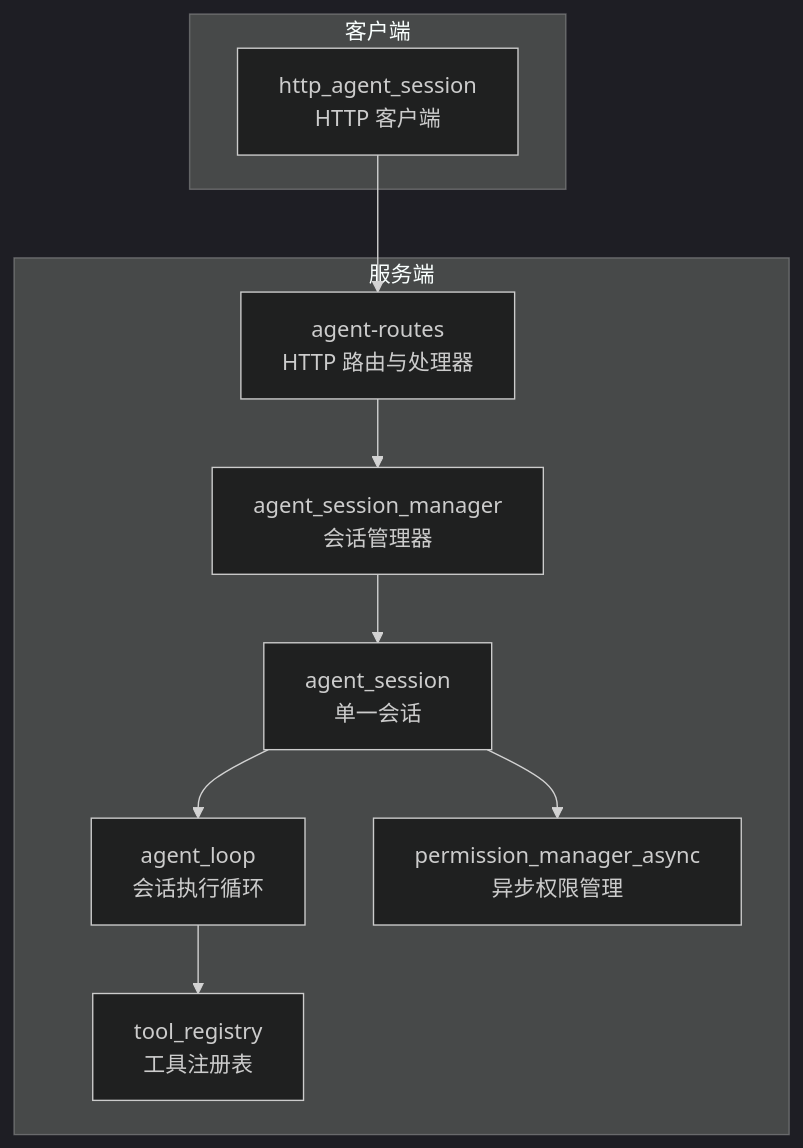
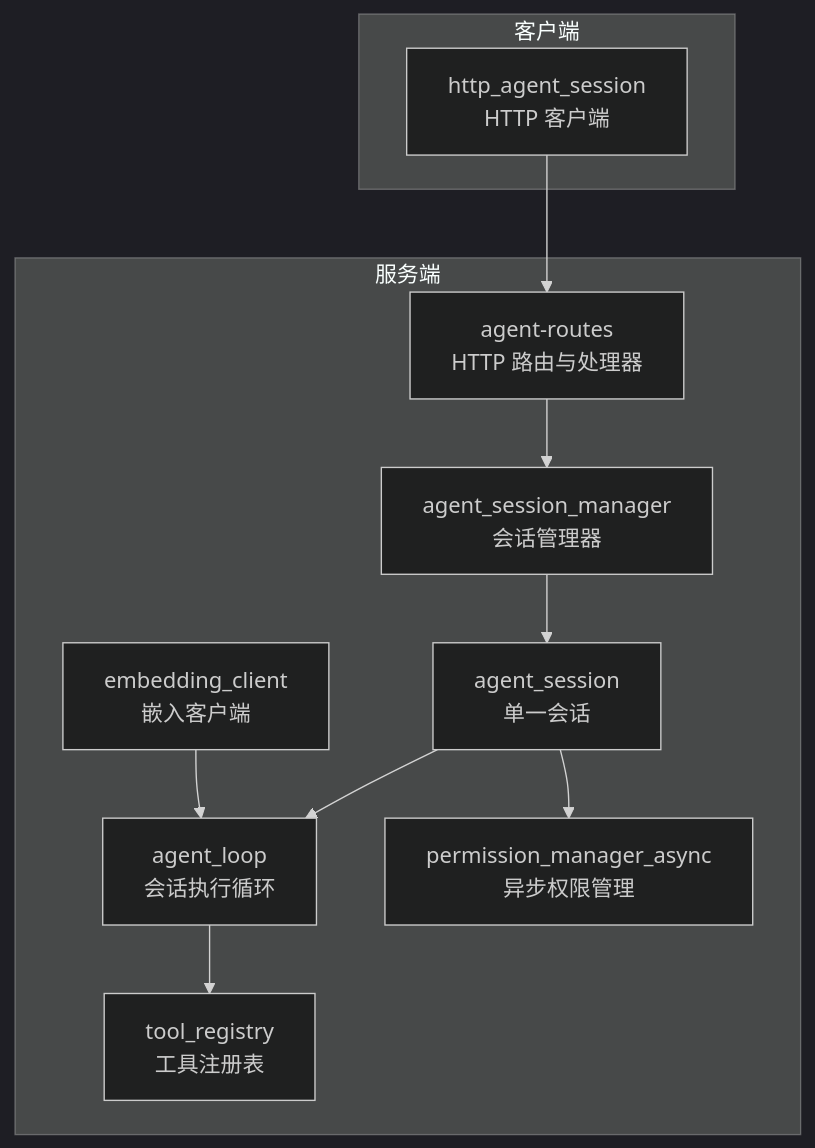
Before and after one commit to acproject/llama.cpp-agent: the first of 4 diagrams in .qoder/repowiki/zh/content/HTTP 服务器和 API/代理会话管理.md, drawn with Mermaid (dark theme). The commit also changed other lines of this file and 2 other files, not shown here.

````diff
--- a/.qoder/repowiki/zh/content/HTTP 服务器和 API/代理会话管理.md
+++ b/.qoder/repowiki/zh/content/HTTP 服务器和 API/代理会话管理.md
@@ -49,20 +63,22 @@
 ```mermaid
 graph TB
 subgraph "服务端"
 Routes["agent-routes<br/>HTTP 路由与处理器"]
 Manager["agent_session_manager<br/>会话管理器"]
 Session["agent_session<br/>单一会话"]
 Loop["agent_loop<br/>会话执行循环"]
 Perm["permission_manager_async<br/>异步权限管理"]
 Tools["tool_registry<br/>工具注册表"]
+Embedding["embedding_client<br/>嵌入客户端"]
 end
 subgraph "客户端"
 SDK["http_agent_session<br/>HTTP 客户端"]
 end
 Routes --> Manager
 Manager --> Session
 Session --> Loop
 Session --> Perm
 Loop --> Tools
+Embedding --> Loop
 SDK --> Routes
 ```
````
